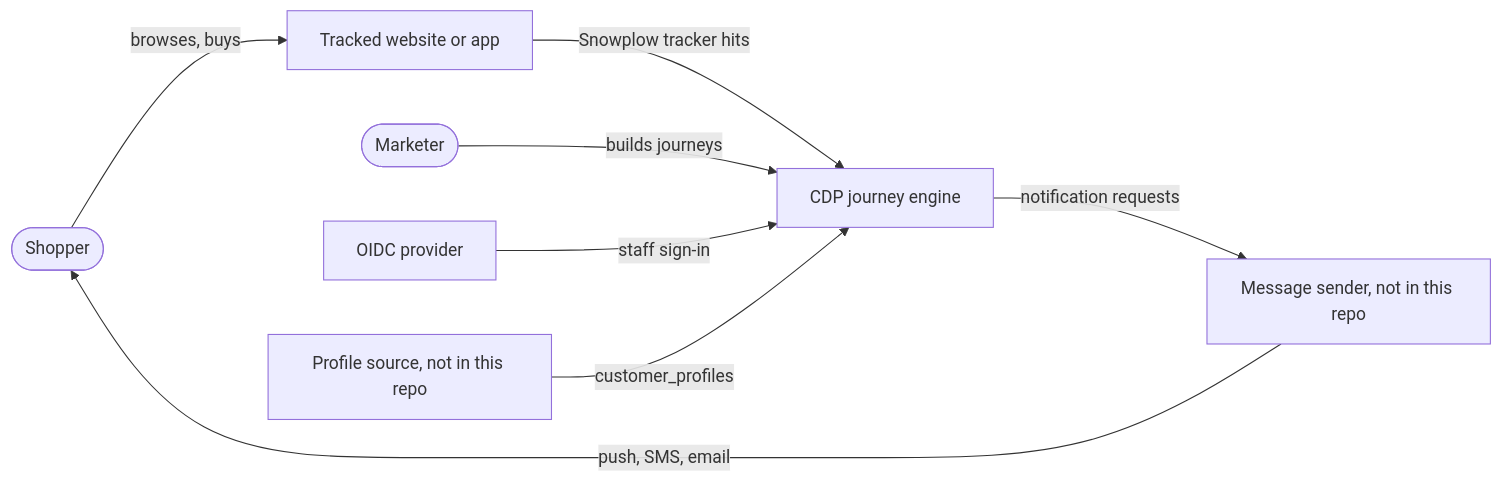
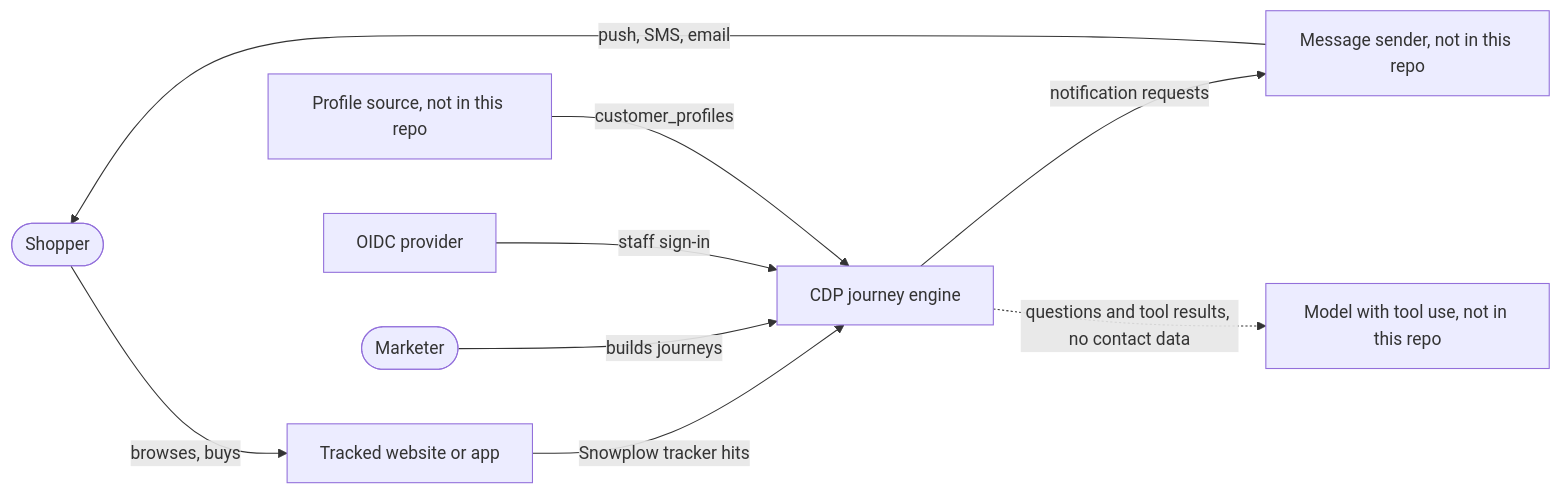
The first of 7 diagrams in docs/internal/architecture/overview.md (18120158binh/salarose), drawn with Mermaid before and after one commit. The commit also changed other lines of this file and 7 other files, not shown here.

````diff
--- a/docs/internal/architecture/overview.md
+++ b/docs/internal/architecture/overview.md
@@ -9,10 +9,11 @@
 ```mermaid
 flowchart LR
 	shopper([Shopper]) -->|browses, buys| site[Tracked website or app]
 	site -->|Snowplow tracker hits| cdp[CDP journey engine]
 	marketer([Marketer]) -->|builds journeys| cdp
 	cdp -->|notification requests| sender[Message sender, not in this repo]
 	sender -->|push, SMS, email| shopper
 	idp[OIDC provider] -->|staff sign-in| cdp
 	crm[Profile source, not in this repo] -->|customer_profiles| cdp
+	cdp -.->|questions and tool results, no contact data| llm[Model with tool use, not in this repo]
 ```
````
